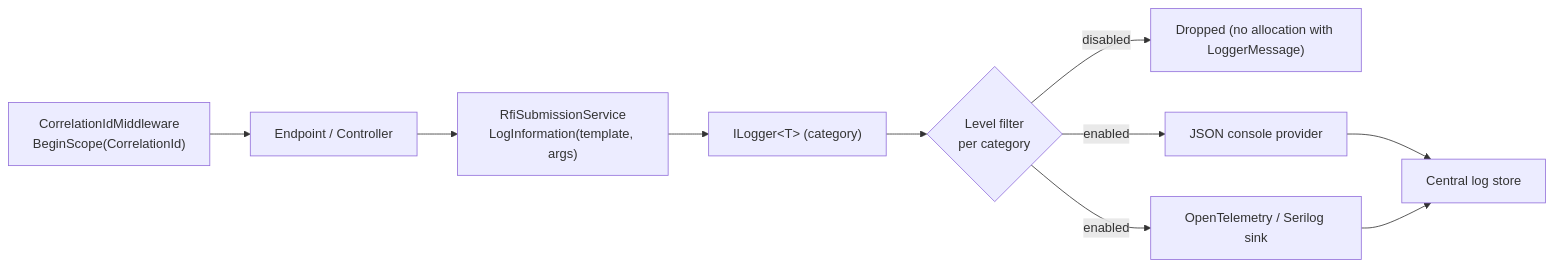
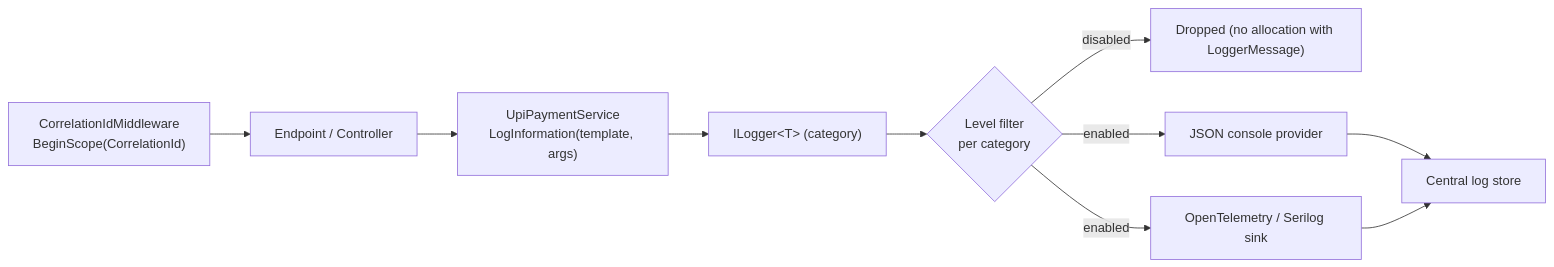
Before and after one commit to rizwi0786/system-design-lab: the first of 2 diagrams in content/lessons/m03/m03-logging.md, drawn with Mermaid. The commit also changed other lines of this file and 334 other files, not shown here.

````diff
--- a/content/lessons/m03/m03-logging.md
+++ b/content/lessons/m03/m03-logging.md
@@ -160,12 +167,12 @@
 ```mermaid
 flowchart LR
     MW["CorrelationIdMiddleware<br/>BeginScope(CorrelationId)"] --> EP["Endpoint / Controller"]
-    EP --> SVC["RfiSubmissionService<br/>LogInformation(template, args)"]
+    EP --> SVC["UpiPaymentService<br/>LogInformation(template, args)"]
     SVC --> LOG["ILogger&lt;T&gt; (category)"]
     LOG --> FLT{"Level filter<br/>per category"}
     FLT -- "disabled" --> DROP["Dropped (no allocation with LoggerMessage)"]
     FLT -- "enabled" --> P1["JSON console provider"]
     FLT -- "enabled" --> P2["OpenTelemetry / Serilog sink"]
     P1 --> STORE["Central log store"]
     P2 --> STORE
 ```
````
